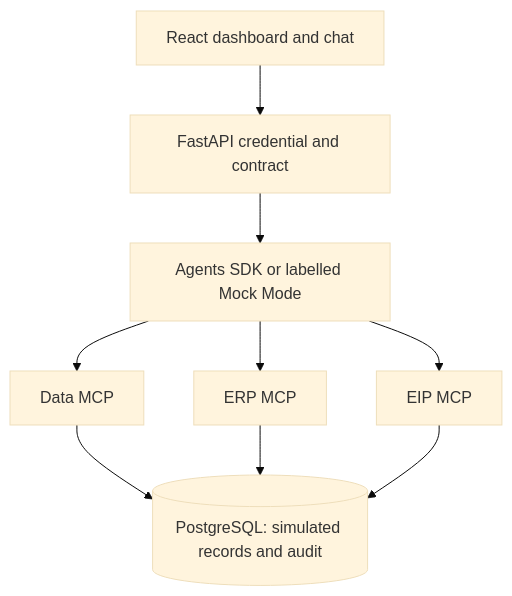
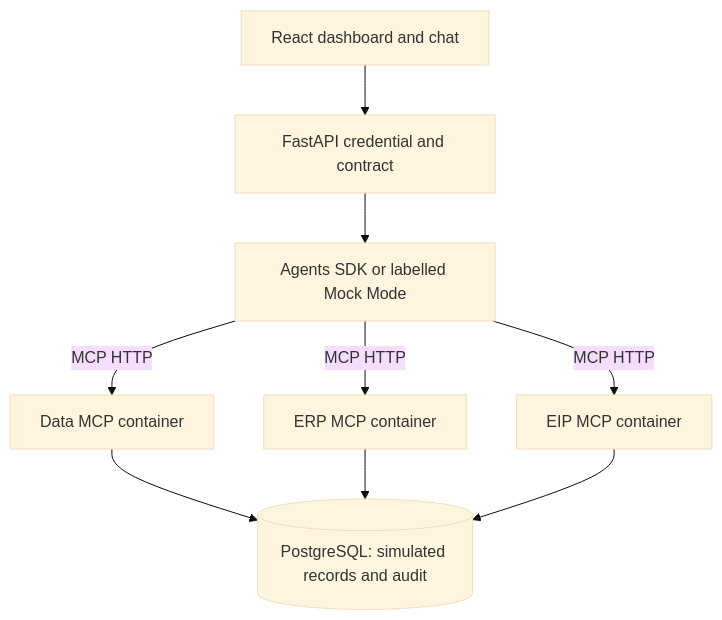
One commit to 3pwei/enterprise-ai-operations-hub- changed the diagram in README.md. Above: the diagram before and after it, drawn with Mermaid (base theme). The commit also changed other lines of this file and 12 other files, not shown here.

Commit message:
feat: deploy three independent MCP services over HTTP

````diff
--- a/README.md
+++ b/README.md
@@ -16,9 +16,9 @@
 ```mermaid
 flowchart TD
   UI[React dashboard and chat] --> API[FastAPI credential and contract]
   API --> Agent[Agents SDK or labelled Mock Mode]
-  Agent --> Data[Data MCP]
-  Agent --> ERP[ERP MCP]
-  Agent --> EIP[EIP MCP]
+  Agent -->|MCP HTTP| Data[Data MCP container]
+  Agent -->|MCP HTTP| ERP[ERP MCP container]
+  Agent -->|MCP HTTP| EIP[EIP MCP container]
   Data & ERP & EIP --> DB[(PostgreSQL: simulated records and audit)]
 ```
````
